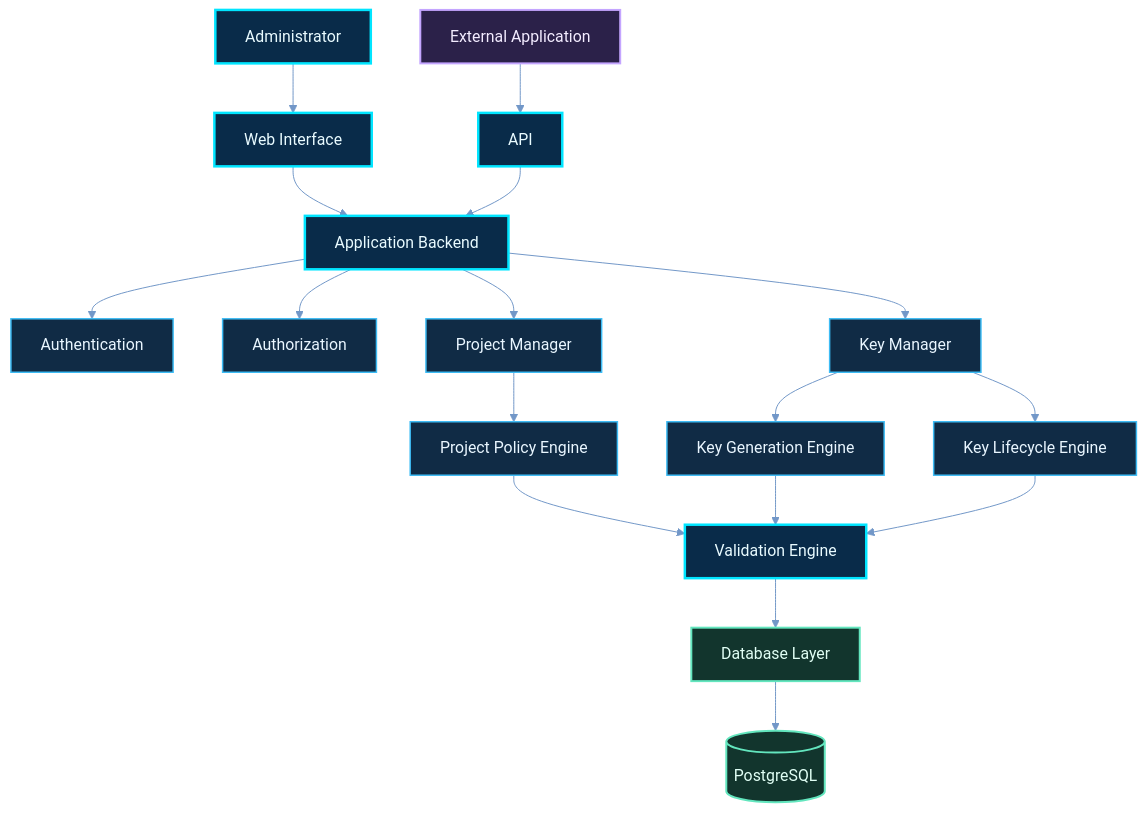
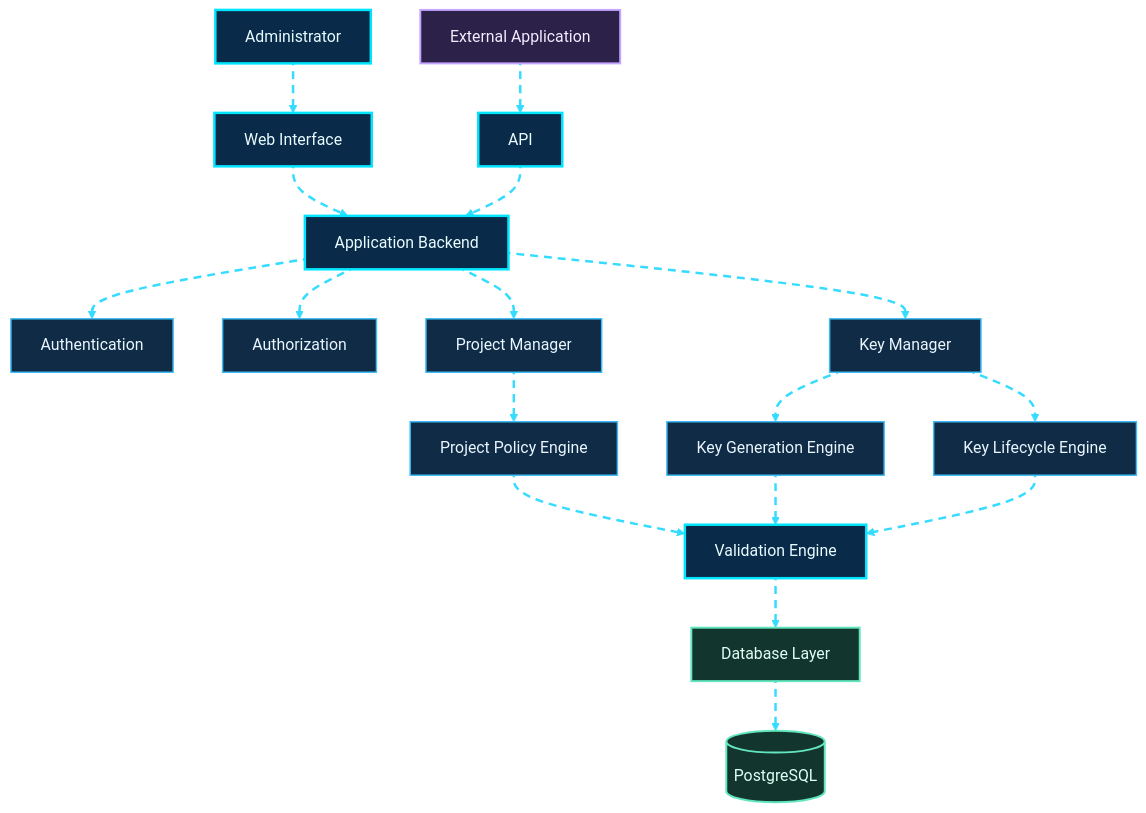
The fourth of 23 diagrams in README.md (shajeduzzamanenan992008inc/NexOra-Database-key-Gen), drawn with Mermaid before and after one commit. The commit also changed other lines of this file, not shown here.

````diff
--- a/README.md
+++ b/README.md
@@ -532,44 +536,44 @@
 ```mermaid
 %%{init: {"theme":"base","themeVariables":{"darkMode":true,"background":"#07111f","primaryColor":"#102744","primaryTextColor":"#e8f7ff","primaryBorderColor":"#00d9ff","lineColor":"#7297c8","secondaryColor":"#261d45","secondaryTextColor":"#f3eaff","secondaryBorderColor":"#a78bfa","tertiaryColor":"#12332b","tertiaryTextColor":"#e0fff1","tertiaryBorderColor":"#41e6a2","fontFamily":"Inter, Segoe UI, sans-serif","edgeLabelBackground":"#101d34","mainBkg":"#102744","nodeBorder":"#00d9ff","clusterBkg":"#0b1930","clusterBorder":"#6f7dff","actorBkg":"#102744","actorBorder":"#00d9ff","actorTextColor":"#e8f7ff","signalColor":"#64d8ff","signalTextColor":"#e8f7ff","noteBkgColor":"#0e332b","noteBorderColor":"#41e6a2","noteTextColor":"#e0fff1"}}}%%
 flowchart TD
-    A["Administrator"] --> B["Web Interface"]
-    B --> C["Application Backend"]
+    A["Administrator"] nx04e01@--> B["Web Interface"]
+    B nx04e02@--> C["Application Backend"]
 
-    C --> D["Authentication"]
-    C --> E["Authorization"]
-    C --> F["Project Manager"]
-    C --> G["Key Manager"]
+    C nx04e03@--> D["Authentication"]
+    C nx04e04@--> E["Authorization"]
+    C nx04e05@--> F["Project Manager"]
+    C nx04e06@--> G["Key Manager"]
 
-    F --> H["Project Policy Engine"]
-    G --> I["Key Generation Engine"]
-    G --> J["Key Lifecycle Engine"]
+    F nx04e07@--> H["Project Policy Engine"]
+    G nx04e08@--> I["Key Generation Engine"]
+    G nx04e09@--> J["Key Lifecycle Engine"]
 
-    H --> K["Validation Engine"]
-    I --> K
-    J --> K
+    H nx04e10@--> K["Validation Engine"]
+    I nx04e11@--> K
+    J nx04e12@--> K
 
-    K --> L["Database Layer"]
+    K nx04e13@--> L["Database Layer"]
+    L nx04e14@--> O[("PostgreSQL")]
 
-    M["External Application"] --> N["API"]
-    N --> C
-
-    L --> O[("PostgreSQL")]
+    M["External Application"] nx04e15@--> N["API"]
+    N nx04e16@--> C
 
     %% OMEGA NEX-ORA visual classes
     %% OMEGA NEX-ORA / ULTRA NEON PALETTE
     classDef nxCore fill:#092b49,stroke:#00e5ff,stroke-width:2.5px,color:#e9fbff;
     classDef nxProcess fill:#102b45,stroke:#3dbcf5,stroke-width:1.5px,color:#e9f6ff;
     classDef nxDecision fill:#2b2050,stroke:#b38cff,stroke-width:2px,color:#f3edff;
     classDef nxSuccess fill:#0d3b2c,stroke:#3fffa0,stroke-width:2px,color:#e0fff0;
     classDef nxDanger fill:#451d30,stroke:#ff6688,stroke-width:2px,color:#fff0f3;
     classDef nxData fill:#12352d,stroke:#63e6be,stroke-width:2px,color:#e1fff5;
     classDef nxExternal fill:#2b2149,stroke:#c4a5ff,stroke-width:2px,color:#f3ecff;
     classDef nxInfo fill:#17253e,stroke:#91a7c9,stroke-width:1.5px,color:#e5efff;
     classDef nxWarning fill:#453116,stroke:#fbbf24,stroke-width:2px,color:#fff6d6;
     %% Moving dashed route: Mermaid applies this class to explicitly identified edges.
+    classDef nxAnimated stroke:#35dcff,stroke-width:2.5px,stroke-dasharray:8\,6,stroke-dashoffset:1000,animation:dash 24s linear infinite;
     class A,B,C,K,N nxCore;
     class D,E,F,G,H,I,J nxProcess;
     class L,O nxData;
     class M nxExternal;
-    class nx04e01,nx04e02,nx04e03,nx04e04,nx04e05,nx04e06,nx04e07,nx04e08,nx04e09,nx04e10 nxAnimated;
+    class nx04e01,nx04e02,nx04e03,nx04e04,nx04e05,nx04e06,nx04e07,nx04e08,nx04e09,nx04e10,nx04e11,nx04e12,nx04e13,nx04e14,nx04e15,nx04e16 nxAnimated;
 ```
````
